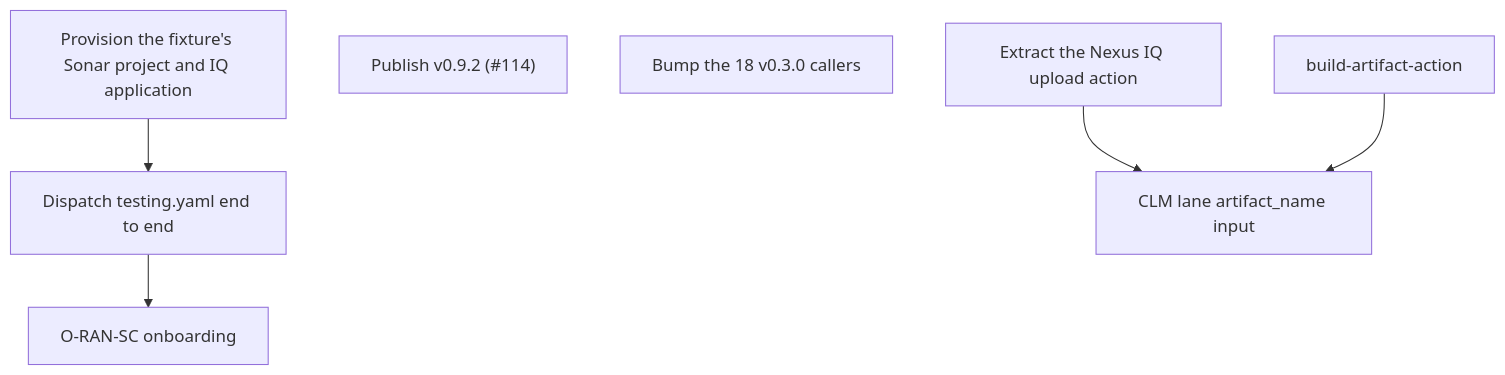
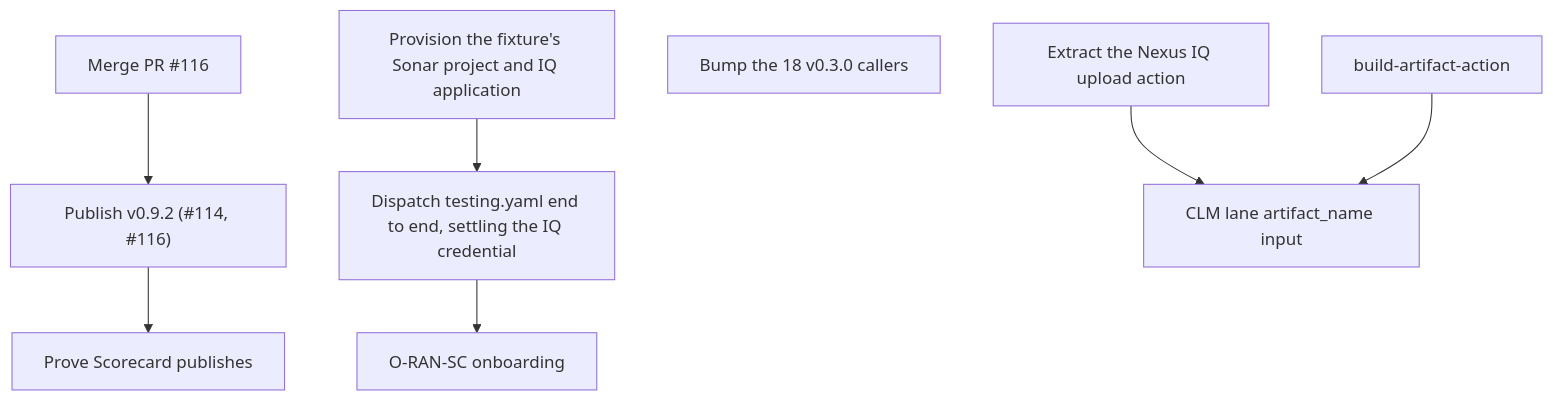
Before and after one commit to lfreleng-actions/security-workflows: the diagram in docs/INTERIM_EVALUATION.md, drawn with Mermaid. The commit also changed other lines of this file and 2 other files, not shown here.

````diff
--- a/docs/INTERIM_EVALUATION.md
+++ b/docs/INTERIM_EVALUATION.md
@@ -218,15 +230,19 @@
 ```mermaid
 graph TD
+    I0["Merge PR #116"]
     I1["Provision the fixture's Sonar project and IQ application"]
-    I2["Dispatch testing.yaml end to end"]
-    I3["Publish v0.9.2 (#114)"]
+    I2["Dispatch testing.yaml end to end, settling the IQ credential"]
+    I3["Publish v0.9.2 (#114, #116)"]
+    I4["Prove Scorecard publishes"]
     R1["Bump the 18 v0.3.0 callers"]
     R2["O-RAN-SC onboarding"]
     A1["Extract the Nexus IQ upload action"]
     B1["build-artifact-action"]
     B2["CLM lane artifact_name input"]
+    I0 --> I3
+    I3 --> I4
     I1 --> I2
     I2 --> R2
     A1 --> B2
     B1 --> B2
 ```
````
